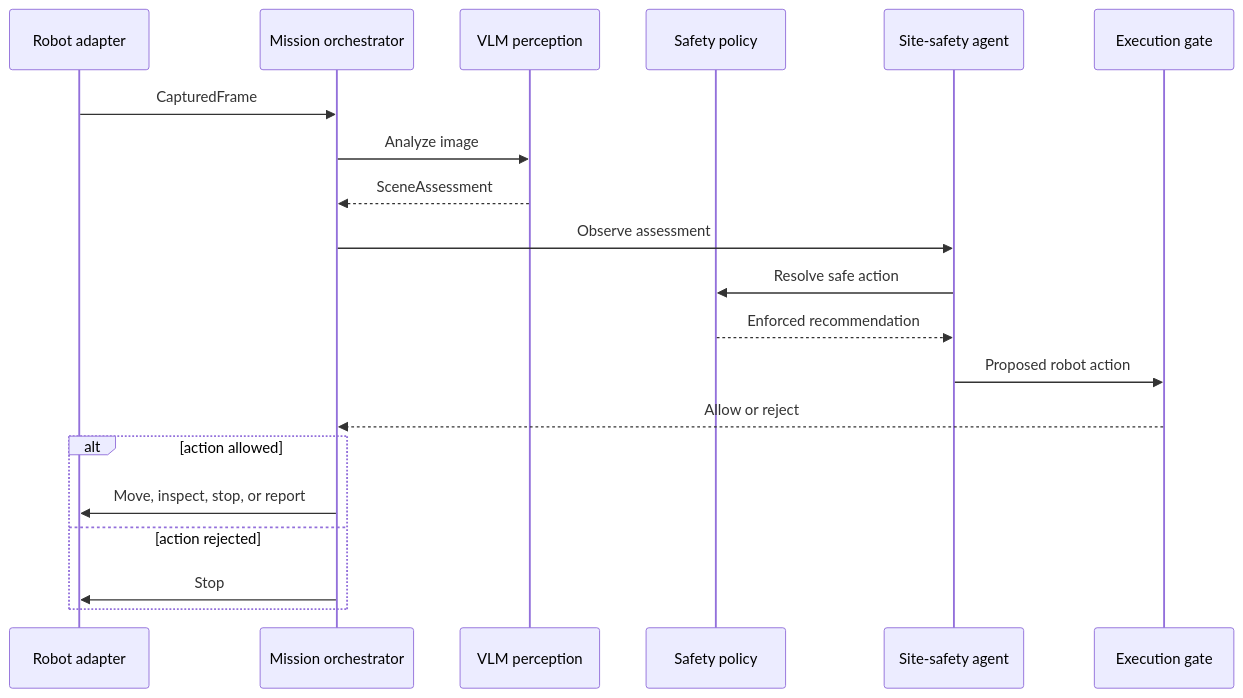
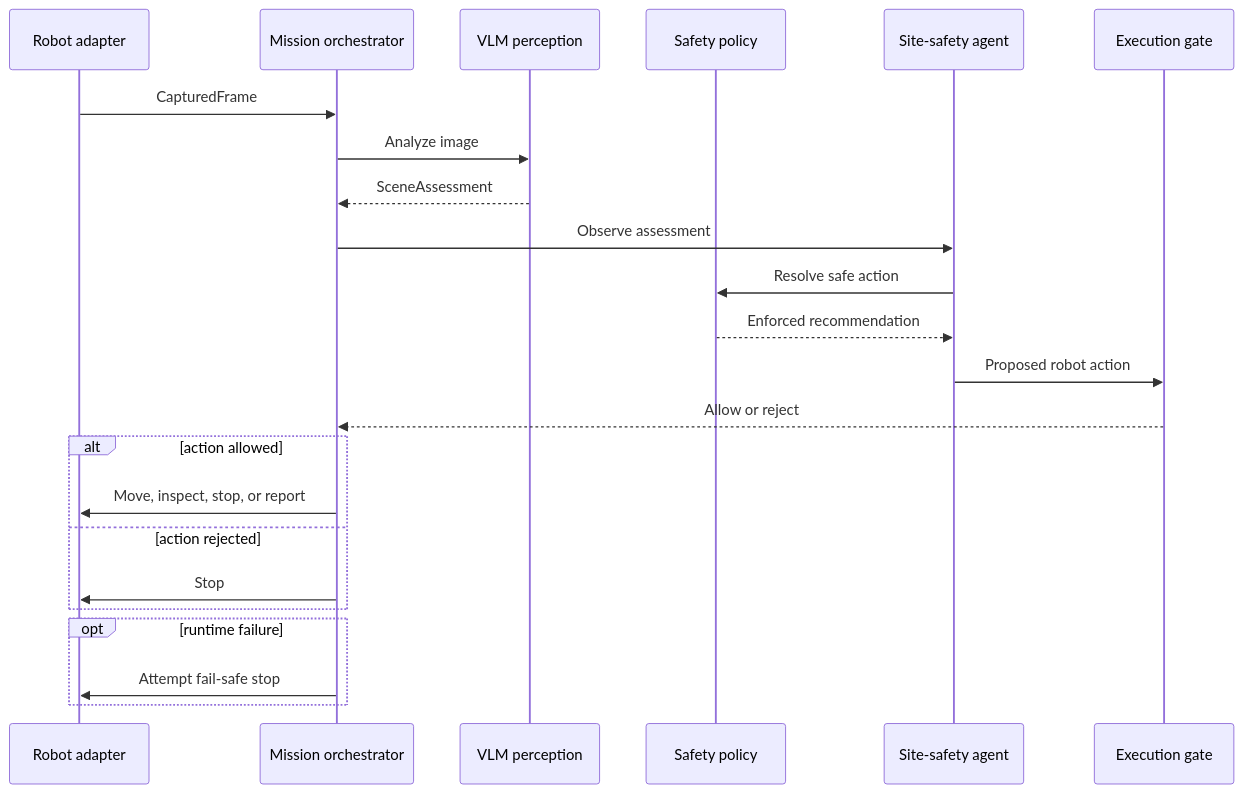
Before and after one commit to islam-mamedov/inspectron: the diagram in docs/architecture.md, drawn with Mermaid. The commit also changed other lines of this file and 1 other file, not shown here.

Commit message:
docs: document fail-safe mission behavior

````diff
--- a/docs/architecture.md
+++ b/docs/architecture.md
@@ -44,24 +45,28 @@
 ```mermaid
 sequenceDiagram
     participant R as Robot adapter
     participant M as Mission orchestrator
     participant V as VLM perception
     participant P as Safety policy
     participant A as Site-safety agent
     participant G as Execution gate
 
     R->>M: CapturedFrame
     M->>V: Analyze image
     V-->>M: SceneAssessment
     M->>A: Observe assessment
     A->>P: Resolve safe action
     P-->>A: Enforced recommendation
     A->>G: Proposed robot action
     G-->>M: Allow or reject
 
     alt action allowed
         M->>R: Move, inspect, stop, or report
     else action rejected
         M->>R: Stop
     end
+
+    opt runtime failure
+        M->>R: Attempt fail-safe stop
+    end
 ```
````
